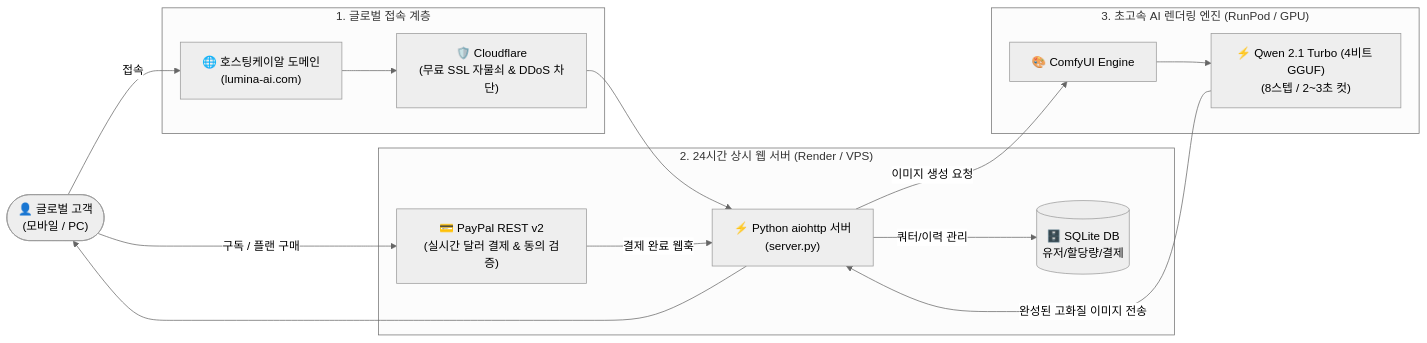
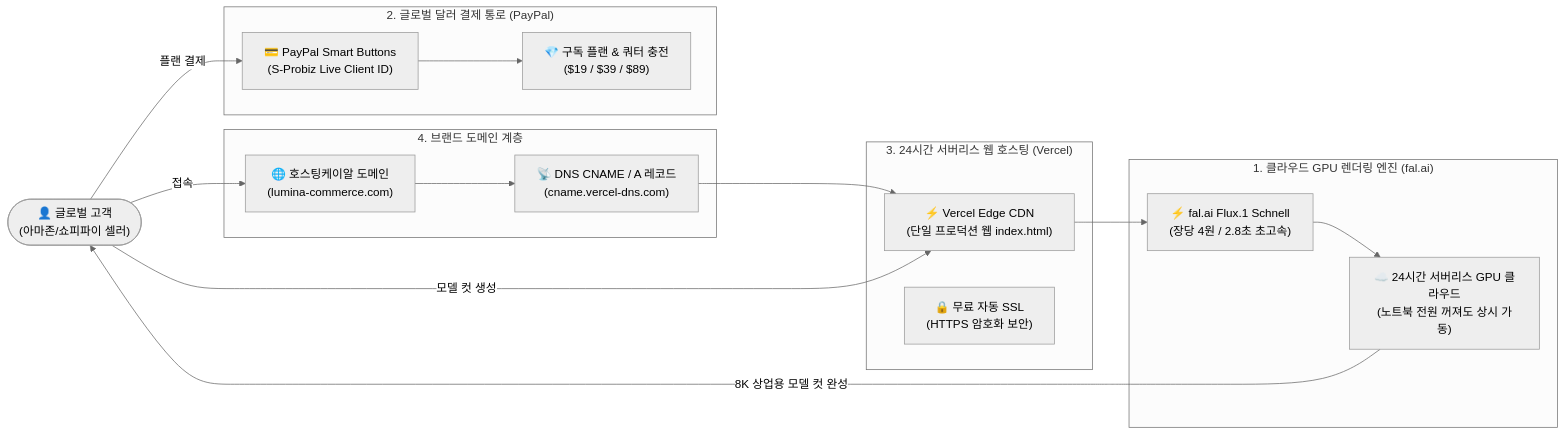
Before and after one commit to sprobiz/lumina-commerce-ai: the diagram in DEPLOYMENT_GUIDE_VISUAL.md, drawn with Mermaid (neutral theme). The commit also changed other lines of this file and 1 other file, not shown here.

Commit message:
docs: Update visual deployment guide and add 4-step launch roadmap HTML and PDF

````diff
--- a/DEPLOYMENT_GUIDE_VISUAL.md
+++ b/DEPLOYMENT_GUIDE_VISUAL.md
@@ -9,26 +11,29 @@
 ```mermaid
 flowchart LR
-    User(["👤 글로벌 고객\n(모바일 / PC)"])
+    User(["👤 글로벌 고객\n(아마존/쇼피파이 셀러)"])
     
-    subgraph Frontend_DNS ["1. 글로벌 접속 계층"]
-        Domain["🌐 호스팅케이알 도메인\n(lumina-ai.com)"]
-        CF["🛡️ Cloudflare\n(무료 SSL 자물쇠 & DDoS 차단)"]
+    subgraph Step4 ["4. 브랜드 도메인 계층"]
+        Domain["🌐 호스팅케이알 도메인\n(lumina-commerce.com)"]
+        DNS["📡 DNS CNAME / A 레코드\n(cname.vercel-dns.com)"]
     end
 
-    subgraph Web_Server ["2. 24시간 상시 웹 서버 (Render / VPS)"]
-        Web["⚡ Python aiohttp 서버\n(server.py)"]
-        DB[(🗄️ SQLite DB\n유저/할당량/결제)]
-        PP["💳 PayPal REST v2\n(실시간 달러 결제 & 동의 검증)"]
+    subgraph Step3 ["3. 24시간 서버리스 웹 호스팅 (Vercel)"]
+        VercelCDN["⚡ Vercel Edge CDN\n(단일 프로덕션 웹 index.html)"]
+        SSL["🔒 무료 자동 SSL\n(HTTPS 암호화 보안)"]
     end
 
-    subgraph GPU_Cluster ["3. 초고속 AI 렌더링 엔진 (RunPod / GPU)"]
-        Comfy["🎨 ComfyUI Engine"]
-        Qwen["⚡ Qwen 2.1 Turbo (4비트 GGUF)\n(8스텝 / 2~3초 컷)"]
+    subgraph Step2 ["2. 글로벌 달러 결제 통로 (PayPal)"]
+        PPSmart["💳 PayPal Smart Buttons\n(S-Probiz Live Client ID)"]
+        Quota["💎 구독 플랜 & 쿼터 충전\n($19 / $39 / $89)"]
     end
 
-    User -->|접속| Domain --> CF --> Web
-    Web -->|쿼터/이력 관리| DB
-    User -->|구독 / 플랜 구매| PP -->|결제 완료 웹훅| Web
-    Web -->|이미지 생성 요청| Comfy --> Qwen
-    Qwen -->|완성된 고화질 이미지 전송| Web --> User
+    subgraph Step1 ["1. 클라우드 GPU 렌더링 엔진 (fal.ai)"]
+        FluxEngine["⚡ fal.ai Flux.1 Schnell\n(장당 4원 / 2.8초 초고속)"]
+        CloudGPU["☁️ 24시간 서버리스 GPU 클라우드\n(노트북 전원 꺼져도 상시 가동)"]
+    end
+
+    User -->|접속| Domain --> DNS --> VercelCDN
+    User -->|플랜 결제| PPSmart --> Quota
+    User -->|모델 컷 생성| VercelCDN --> FluxEngine --> CloudGPU
+    CloudGPU -->|8K 상업용 모델 컷 완성| User
 ```
````
